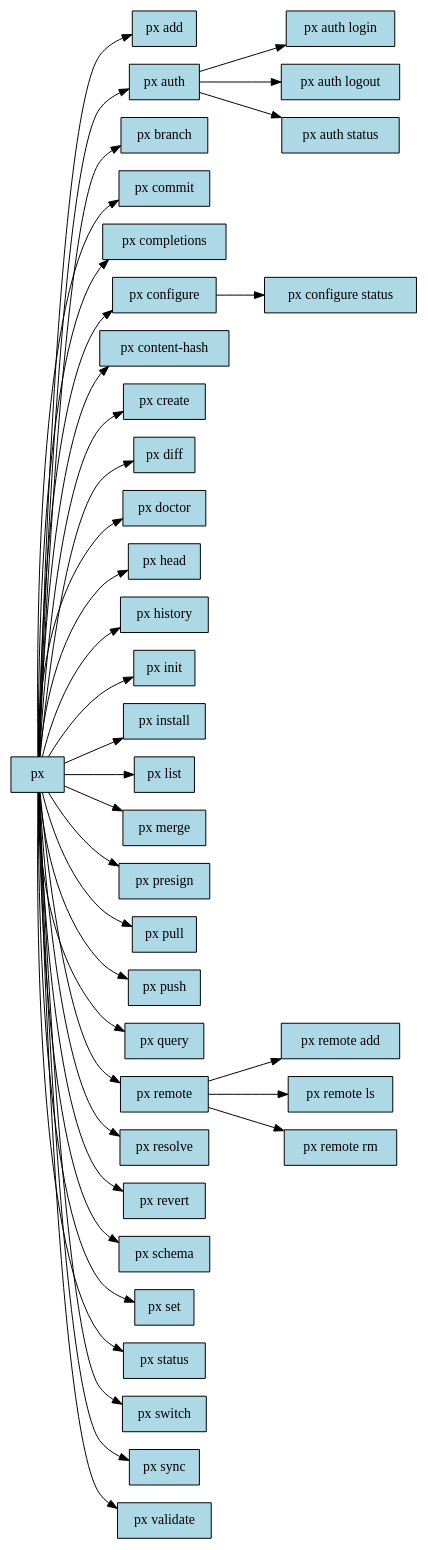
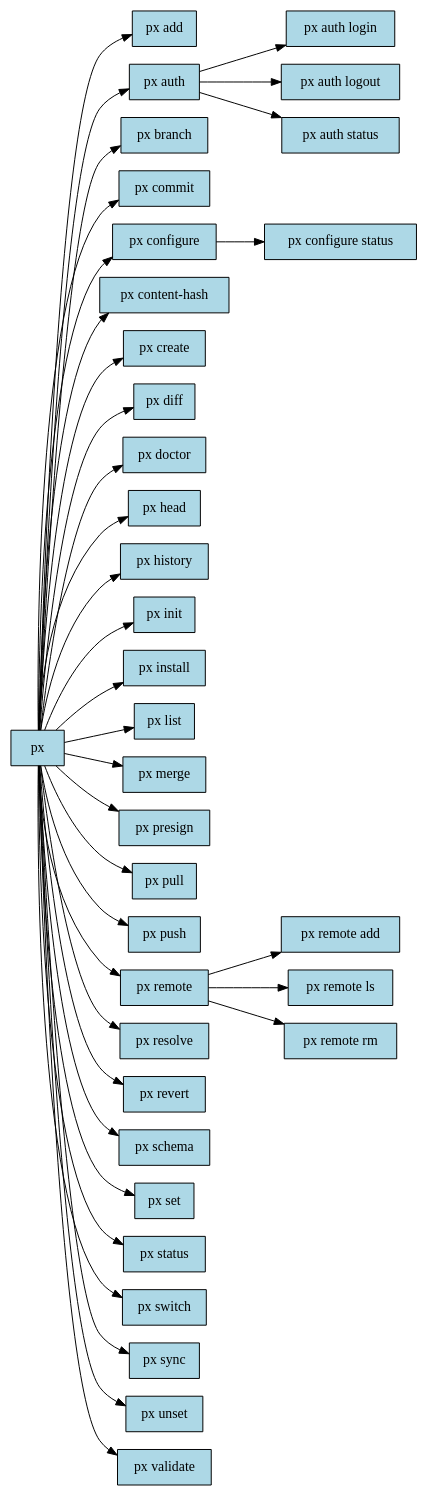
The diagram in docs/generated/commands.dot (portalshq/narrativeengine), drawn with Graphviz before and after one commit. The commit also changed 59 other files, not shown here.

```diff
--- a/docs/generated/commands.dot
+++ b/docs/generated/commands.dot
@@ -1,77 +1,75 @@
 digraph px_commands {
     rankdir=LR;
     node [shape=box, style=filled, fillcolor=lightblue];
     
     "add" [label="px add"];
     "px" -> "add";
     "auth" [label="px auth"];
     "px" -> "auth";
     "auth_login" [label="px auth login"];
     "auth" -> "auth_login";
     "auth_logout" [label="px auth logout"];
     "auth" -> "auth_logout";
     "auth_status" [label="px auth status"];
     "auth" -> "auth_status";
     "branch" [label="px branch"];
     "px" -> "branch";
     "commit" [label="px commit"];
     "px" -> "commit";
-    "completions" [label="px completions"];
-    "px" -> "completions";
     "configure" [label="px configure"];
     "px" -> "configure";
     "configure_status" [label="px configure status"];
     "configure" -> "configure_status";
     "content-hash" [label="px content-hash"];
     "px" -> "content-hash";
     "create" [label="px create"];
     "px" -> "create";
     "diff" [label="px diff"];
     "px" -> "diff";
     "doctor" [label="px doctor"];
     "px" -> "doctor";
     "head" [label="px head"];
     "px" -> "head";
     "history" [label="px history"];
     "px" -> "history";
     "init" [label="px init"];
     "px" -> "init";
     "install" [label="px install"];
     "px" -> "install";
     "list" [label="px list"];
     "px" -> "list";
     "merge" [label="px merge"];
     "px" -> "merge";
     "presign" [label="px presign"];
     "px" -> "presign";
     "pull" [label="px pull"];
     "px" -> "pull";
     "push" [label="px push"];
     "px" -> "push";
-    "query" [label="px query"];
-    "px" -> "query";
     "remote" [label="px remote"];
     "px" -> "remote";
     "remote_add" [label="px remote add"];
     "remote" -> "remote_add";
     "remote_ls" [label="px remote ls"];
     "remote" -> "remote_ls";
     "remote_rm" [label="px remote rm"];
     "remote" -> "remote_rm";
     "resolve" [label="px resolve"];
     "px" -> "resolve";
     "revert" [label="px revert"];
     "px" -> "revert";
     "schema" [label="px schema"];
     "px" -> "schema";
     "set" [label="px set"];
     "px" -> "set";
     "status" [label="px status"];
     "px" -> "status";
     "switch" [label="px switch"];
     "px" -> "switch";
     "sync" [label="px sync"];
     "px" -> "sync";
+    "unset" [label="px unset"];
+    "px" -> "unset";
     "validate" [label="px validate"];
     "px" -> "validate";
 }
```
